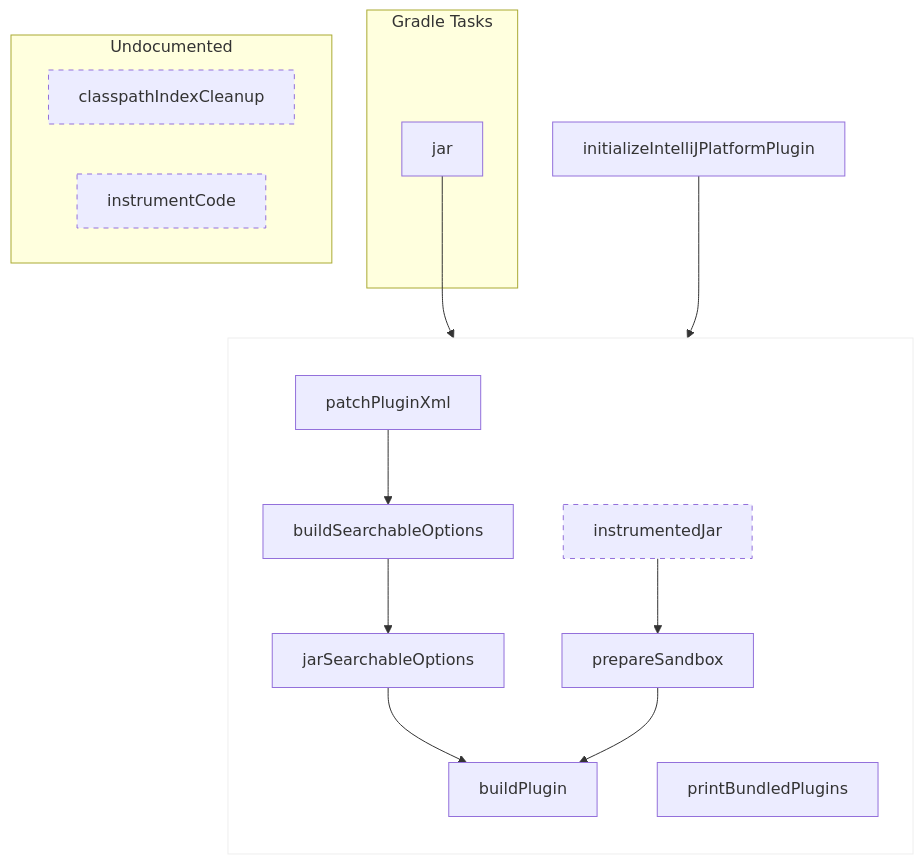
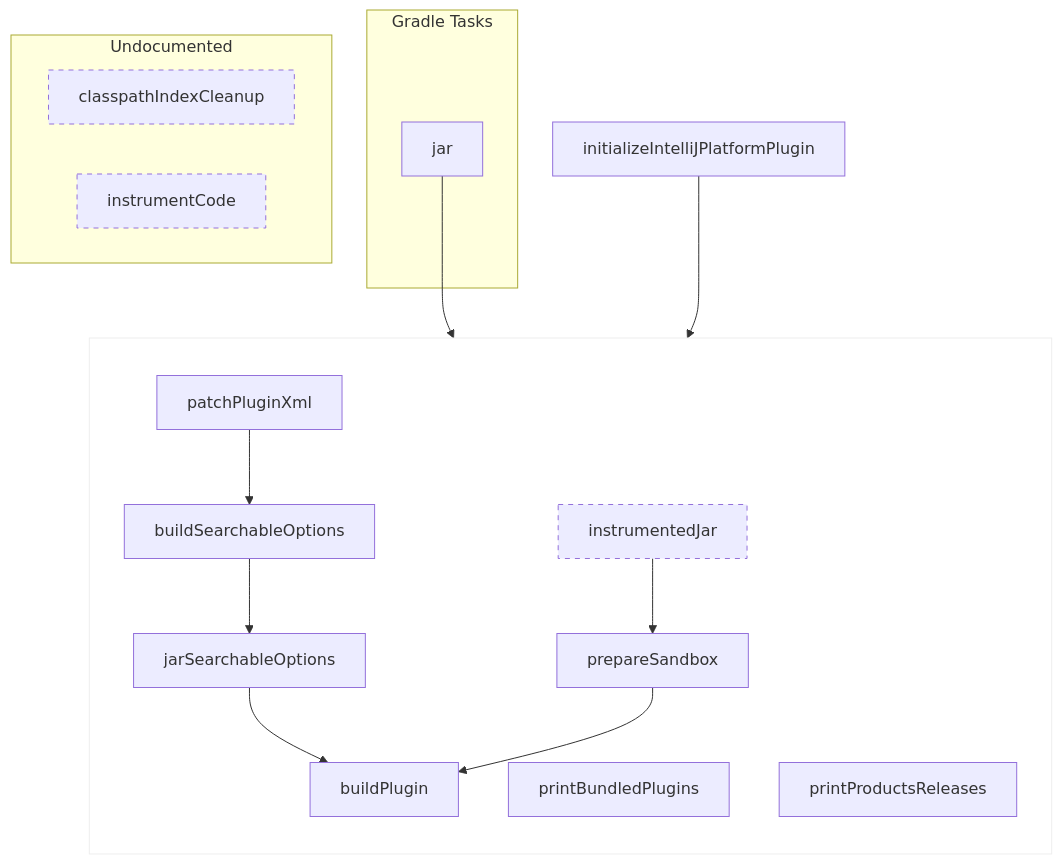
One commit to JetBrains/intellij-sdk-docs changed the diagram in topics/appendix/tools/intellij_platform_gradle_plugin/tools_intellij_platform_gradle_plugin_tasks.md. Above: the diagram before and after it, drawn with Mermaid. The commit also changed other lines of this file, not shown here.

Commit message:
IntelliJ Platform Gradle Plugin: `printProductsReleases` task

````diff
--- a/topics/appendix/tools/intellij_platform_gradle_plugin/tools_intellij_platform_gradle_plugin_tasks.md
+++ b/topics/appendix/tools/intellij_platform_gradle_plugin/tools_intellij_platform_gradle_plugin_tasks.md
@@ -15,47 +15,49 @@
 ```mermaid
 flowchart
     subgraph Gradle Tasks
         jar
     end
 
     subgraph ALL ["` `"]
         direction TB
 
         buildPlugin
         buildSearchableOptions
         jarSearchableOptions
         patchPluginXml
         prepareSandbox
         printBundledPlugins
+        printProductsReleases
 
         jarSearchableOptions & prepareSandbox --> buildPlugin
         patchPluginXml --> buildSearchableOptions
         buildSearchableOptions --> jarSearchableOptions
         jar & instrumentedJar --> prepareSandbox
     end
 
     initializeIntelliJPlatformPlugin --> ALL
 
     subgraph Undocumented
         classpathIndexCleanup
         instrumentCode
         instrumentedJar
     end
 
     click buildPlugin "#buildPlugin"
     click buildSearchableOptions "#buildSearchableOptions"
     click classpathIndexCleanup "#classpathIndexCleanup"
     click initializeIntelliJPlatformPlugin "#initializeIntelliJPlatformPlugin"
     click instrumentCode "#instrumentCode"
     click instrumentedJar "#instrumentedJar"
     click jarSearchableOptions "#jarSearchableOptions"
     click patchPluginXml "#patchPluginXml"
     click prepareSandbox "#prepareSandbox"
     click printBundledPlugins "#printBundledPlugins"
+    click printProductsReleases "#printProductsReleases"
 
     style classpathIndexCleanup stroke-dasharray: 5 5
     style instrumentCode stroke-dasharray: 5 5
     style instrumentedJar stroke-dasharray: 5 5
 
     style ALL fill:transparent,stroke:#eee
 ```
````
